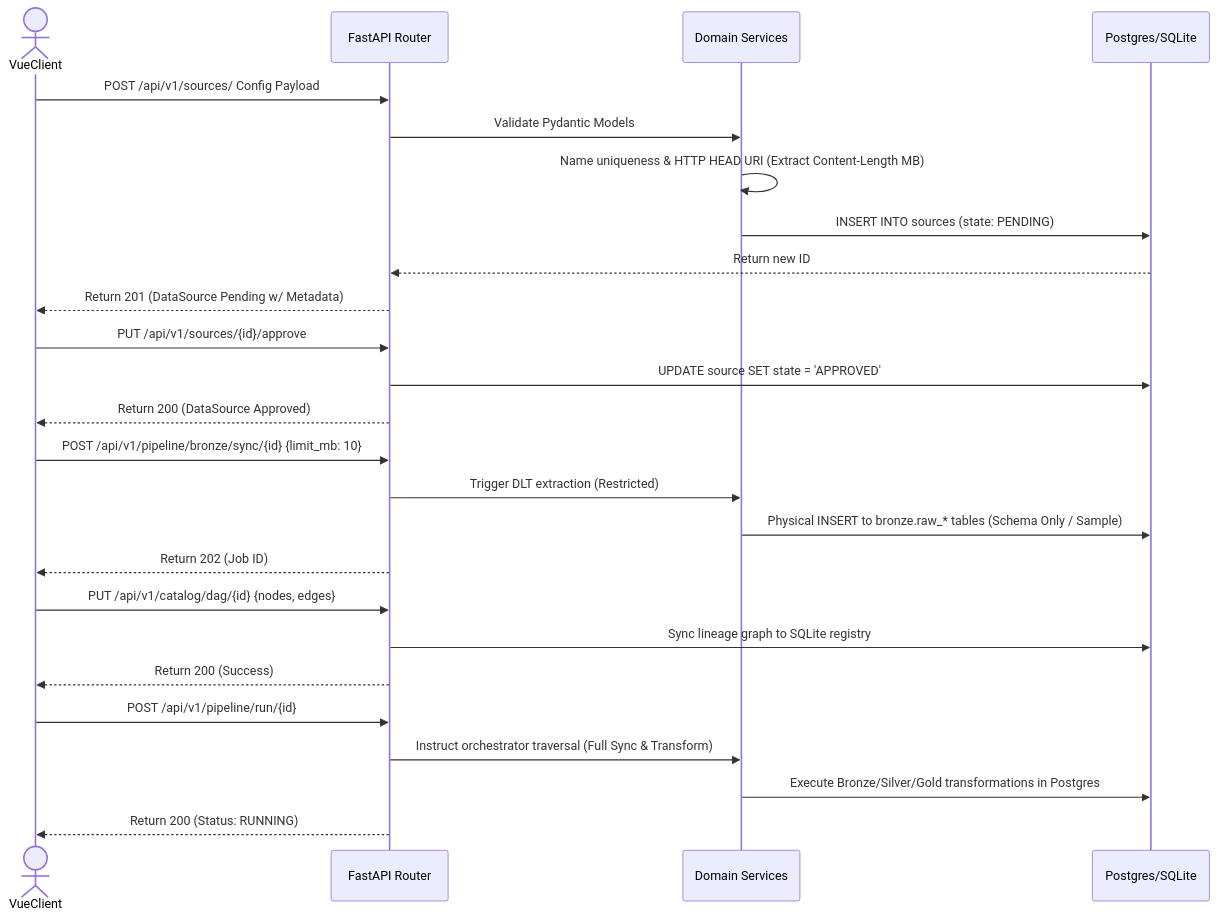
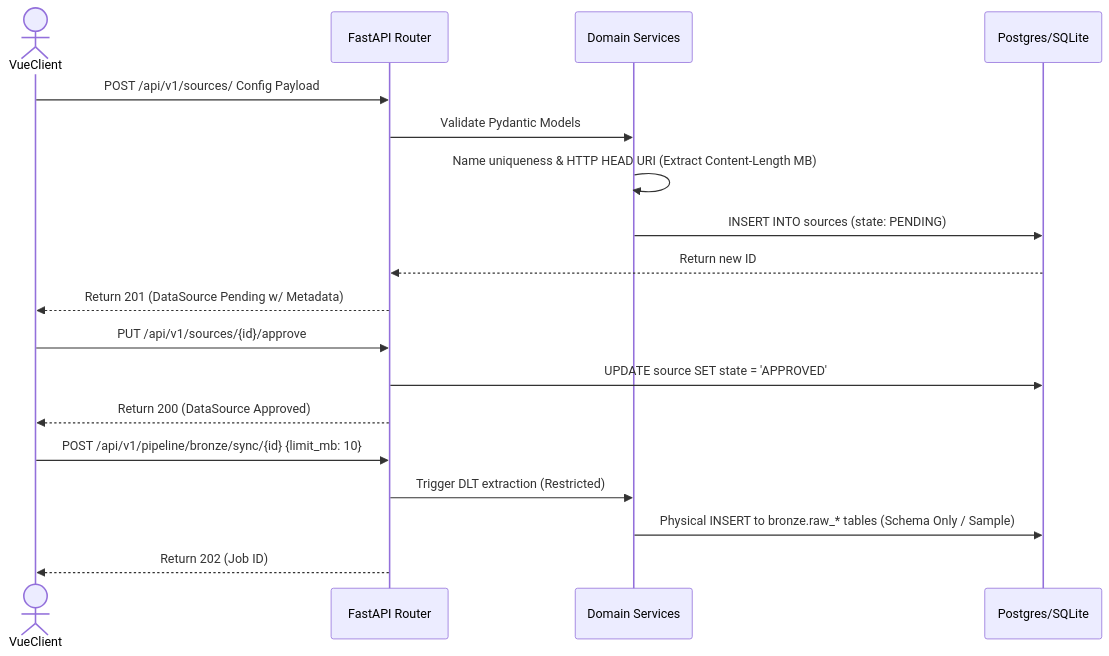
One commit to mnaatjes/elite-etl changed the second of 2 diagrams in docs/explanation/user-flows/register-source.md. Above: the diagram before and after it, drawn with Mermaid. The commit also changed other lines of this file and 1 other file, not shown here.

````diff
--- a/docs/explanation/user-flows/register-source.md
+++ b/docs/explanation/user-flows/register-source.md
@@ -44,37 +36,26 @@
 ```mermaid
 sequenceDiagram
     actor VueClient
     participant API as FastAPI Router
     participant Domain as Domain Services
     participant DB as Postgres/SQLite
 
     %% Step 1: Registration with internal validation
     VueClient->>API: POST /api/v1/sources/ Config Payload
     API->>Domain: Validate Pydantic Models
     Domain->>Domain: Name uniqueness & HTTP HEAD URI (Extract Content-Length MB)
     Domain->>DB: INSERT INTO sources (state: PENDING)
     DB-->>API: Return new ID
     API-->>VueClient: Return 201 (DataSource Pending w/ Metadata)
     
     %% Step 2: Approval
     VueClient->>API: PUT /api/v1/sources/{id}/approve
     API->>DB: UPDATE source SET state = 'APPROVED'
     API-->>VueClient: Return 200 (DataSource Approved)
     
     %% Step 3: Bronze Micro-Sample
     VueClient->>API: POST /api/v1/pipeline/bronze/sync/{id} {limit_mb: 10}
     API->>Domain: Trigger DLT extraction (Restricted)
     Domain->>DB: Physical INSERT to bronze.raw_* tables (Schema Only / Sample)
     API-->>VueClient: Return 202 (Job ID)
-    
-    %% Step 4: DAG Compilation
-    VueClient->>API: PUT /api/v1/catalog/dag/{id} {nodes, edges}
-    API->>DB: Sync lineage graph to SQLite registry
-    API-->>VueClient: Return 200 (Success)
-    
-    %% Step 5: Unified Run
-    VueClient->>API: POST /api/v1/pipeline/run/{id}
-    API->>Domain: Instruct orchestrator traversal (Full Sync & Transform)
-    Domain->>DB: Execute Bronze/Silver/Gold transformations in Postgres
-    API-->>VueClient: Return 200 (Status: RUNNING)
 ```
````
